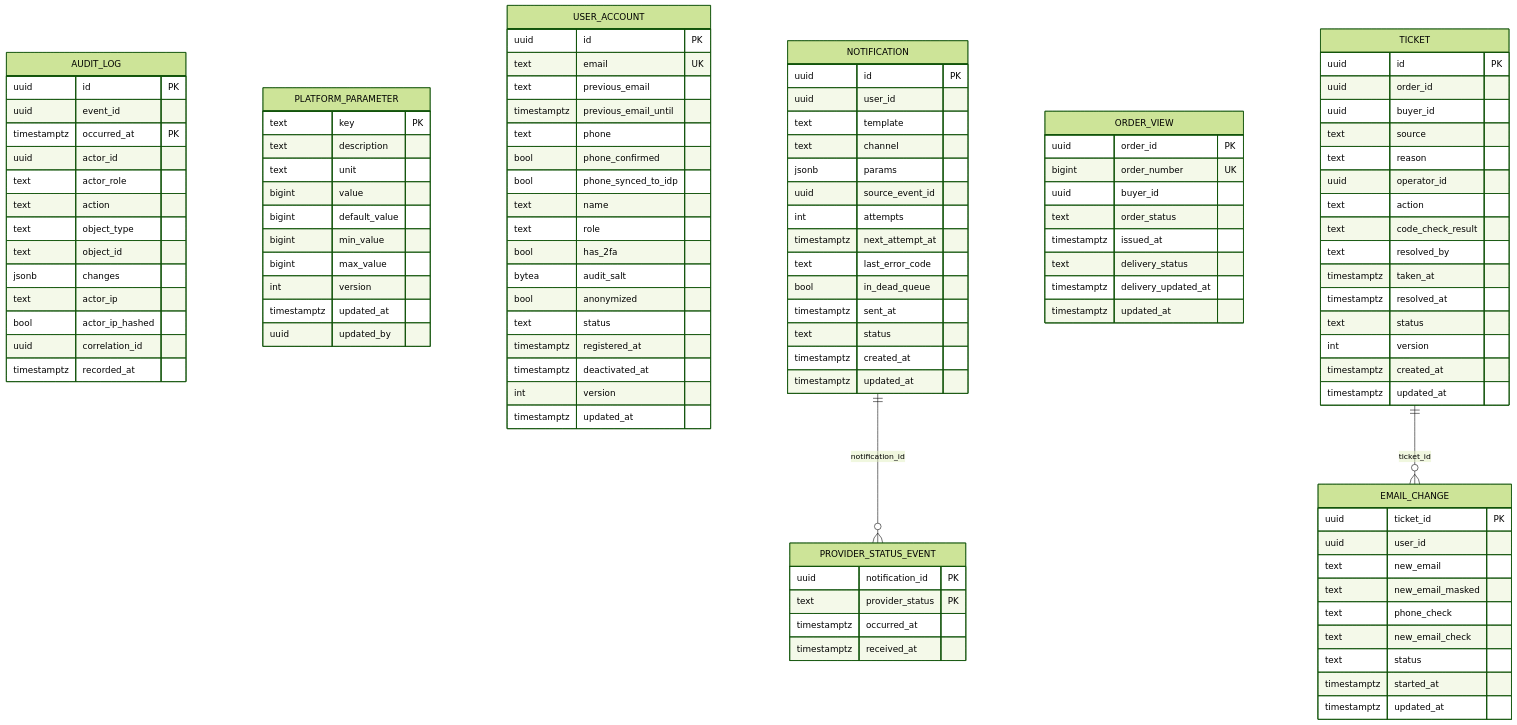
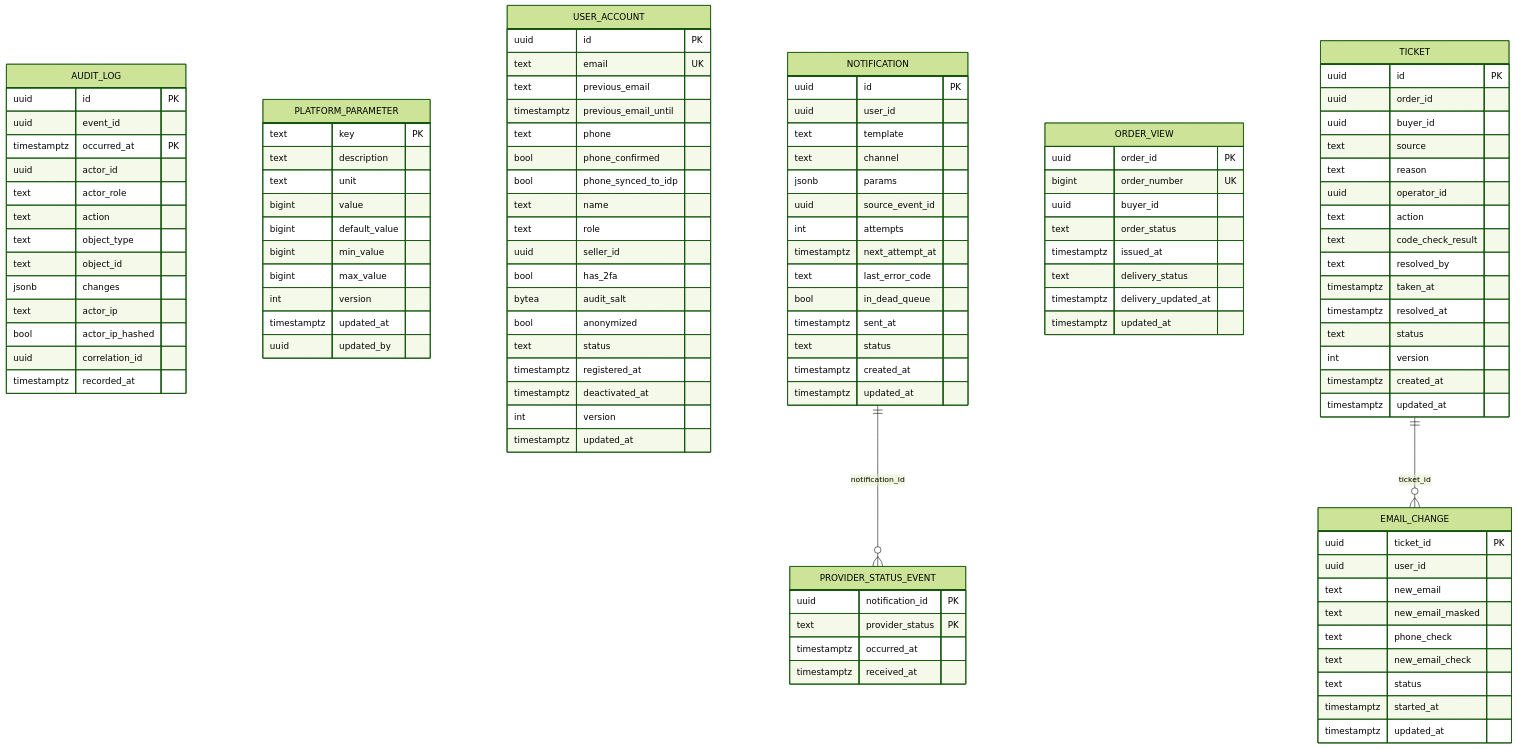
One commit to Lapin143/digital-goods-marketplace changed the diagram in docs/07-data/platform-service-schema.md. Above: the diagram before and after it, drawn with Mermaid (forest theme). The commit also changed other lines of this file and 6 other files, not shown here.

```diff
--- a/docs/07-data/platform-service-schema.md
+++ b/docs/07-data/platform-service-schema.md
@@ -53,6 +53,7 @@
         bool phone_synced_to_idp
         text name
         text role
+        uuid seller_id
         bool has_2fa
         bytea audit_salt
         bool anonymized
```
